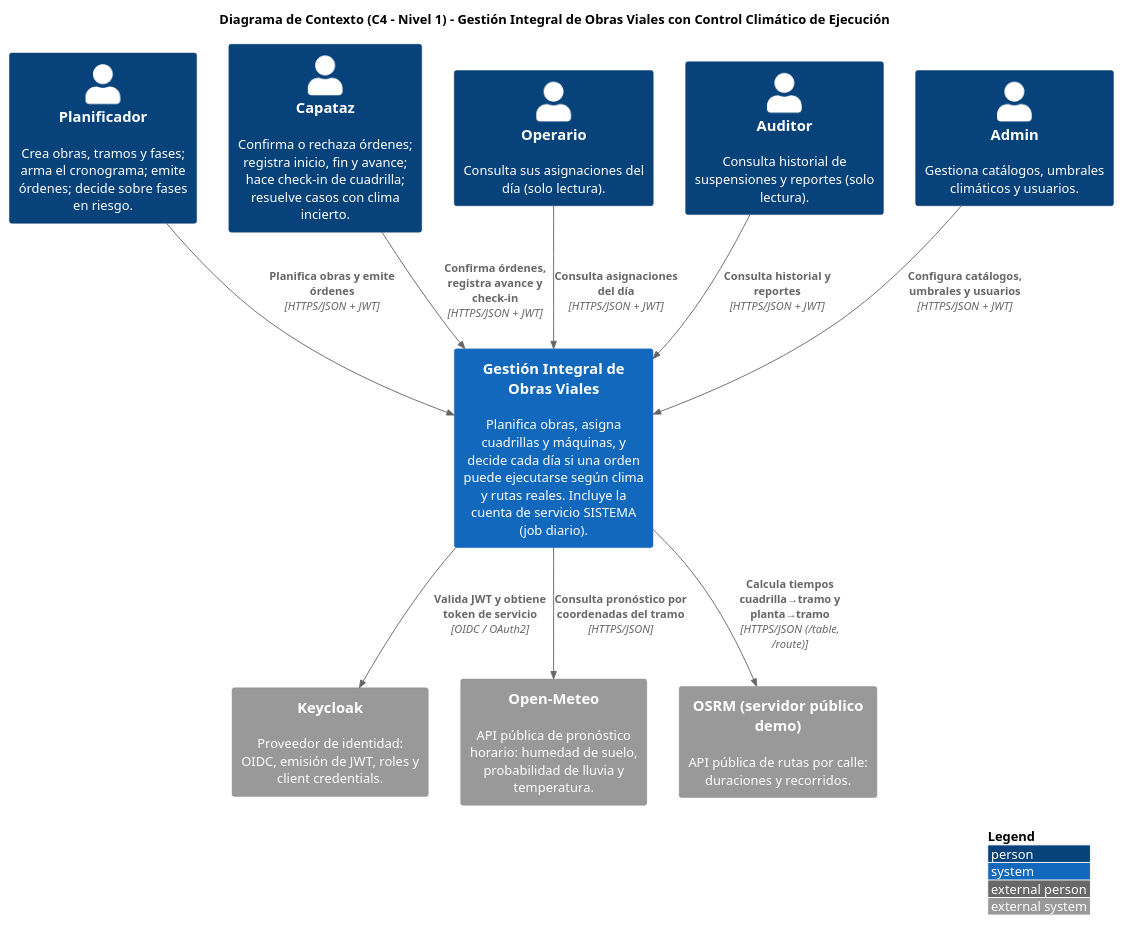
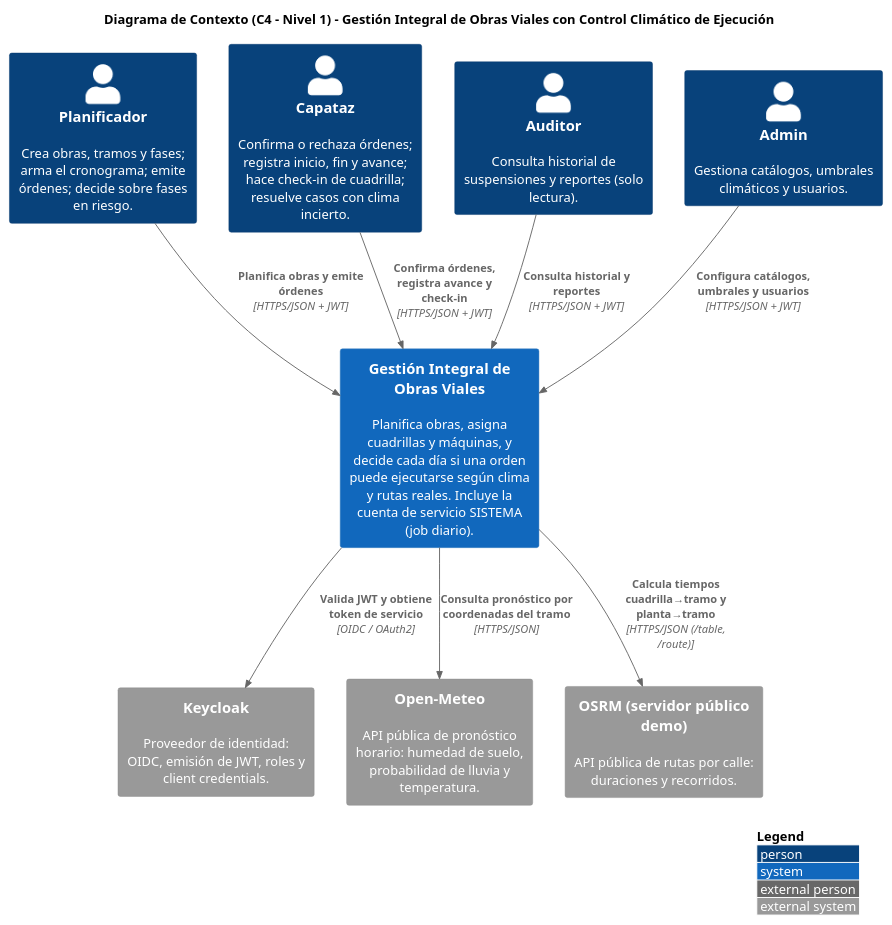
The second of 6 diagrams in docs/arquitectura.md (nietofede/tp_obrasViales), drawn with PlantUML before and after one commit. The commit also changed other lines of this file and 14 other files, not shown here.

````diff
--- a/docs/arquitectura.md
+++ b/docs/arquitectura.md
@@ -36,30 +34,28 @@
 ```plantuml
 @startuml C1_Contexto_Obras_Viales
 !include https://raw.githubusercontent.com/plantuml-stdlib/C4-PlantUML/master/C4_Context.puml
 
 LAYOUT_WITH_LEGEND()
 title Diagrama de Contexto (C4 - Nivel 1) - Gestión Integral de Obras Viales con Control Climático de Ejecución
 
 Person(planificador, "Planificador", "Crea obras, tramos y fases; arma el cronograma; emite órdenes; decide sobre fases en riesgo.")
 Person(capataz, "Capataz", "Confirma o rechaza órdenes; registra inicio, fin y avance; hace check-in de cuadrilla; resuelve casos con clima incierto.")
-Person(operario, "Operario", "Consulta sus asignaciones del día (solo lectura).")
 Person(auditor, "Auditor", "Consulta historial de suspensiones y reportes (solo lectura).")
 Person(admin, "Admin", "Gestiona catálogos, umbrales climáticos y usuarios.")
 
 System(obras, "Gestión Integral de Obras Viales", "Planifica obras, asigna cuadrillas y máquinas, y decide cada día si una orden puede ejecutarse según clima y rutas reales. Incluye la cuenta de servicio SISTEMA (job diario).")
 
 System_Ext(keycloak, "Keycloak", "Proveedor de identidad: OIDC, emisión de JWT, roles y client credentials.")
 System_Ext(meteo, "Open-Meteo", "API pública de pronóstico horario: humedad de suelo, probabilidad de lluvia y temperatura.")
 System_Ext(osrm, "OSRM (servidor público demo)", "API pública de rutas por calle: duraciones y recorridos.")
 
 Rel(planificador, obras, "Planifica obras y emite órdenes", "HTTPS/JSON + JWT")
 Rel(capataz, obras, "Confirma órdenes, registra avance y check-in", "HTTPS/JSON + JWT")
-Rel(operario, obras, "Consulta asignaciones del día", "HTTPS/JSON + JWT")
 Rel(auditor, obras, "Consulta historial y reportes", "HTTPS/JSON + JWT")
 Rel(admin, obras, "Configura catálogos, umbrales y usuarios", "HTTPS/JSON + JWT")
 
 Rel(obras, keycloak, "Valida JWT y obtiene token de servicio", "OIDC / OAuth2")
 Rel(obras, meteo, "Consulta pronóstico por coordenadas del tramo", "HTTPS/JSON")
 Rel(obras, osrm, "Calcula tiempos cuadrilla→tramo y planta→tramo", "HTTPS/JSON (/table, /route)")
 @enduml
 ```
````
